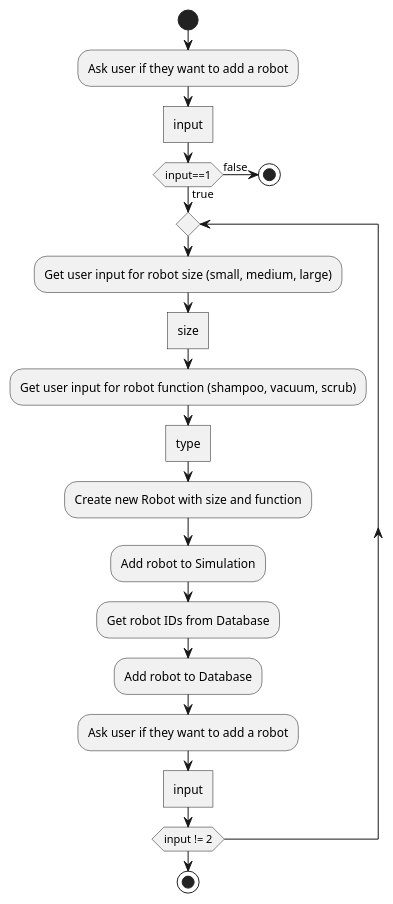
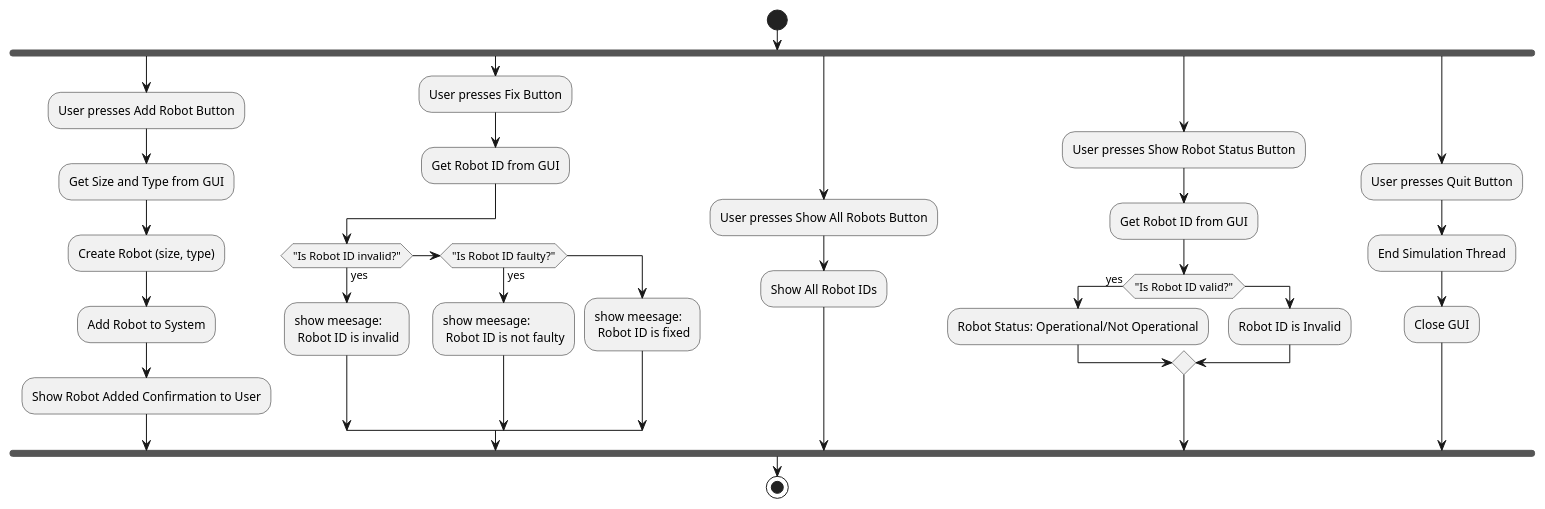
Before and after one commit to ur-swe-fa24/main-project-jeck-inc: the diagram in docs/design/Activity/Robot_Database_Simulation_Activity_Diagram.puml, drawn with PlantUML. The commit also changed 3 other files, not shown here.

Commit message:
Added onto the Activity Diagram

```diff
--- a/docs/design/Activity/Robot_Database_Simulation_Activity_Diagram.puml
+++ b/docs/design/Activity/Robot_Database_Simulation_Activity_Diagram.puml
@@ -1,25 +1,46 @@
-@startuml RobotSimulationDatabaseActivityDiagram
+@startuml
+
 start
-:Ask user if they want to add a robot;
-:input]
-if (input==1) then (true)
-    repeat
-        :Get user input for robot size (small, medium, large);
-        :size]
 
-        :Get user input for robot function (shampoo, vacuum, scrub);
-        :type]
+fork 
+    :User presses Add Robot Button;
+    :Get Size and Type from GUI;
+    :Create Robot (size, type);
+    :Add Robot to System;
+    :Show Robot Added Confirmation to User;
+fork again 
+    :User presses Fix Button;
+    :Get Robot ID from GUI;
+    if ("Is Robot ID invalid?") then (yes)
+        :show meesage: \n Robot ID is invalid;
+    else if ("Is Robot ID faulty?") then (yes)
+        :show meesage: \n Robot ID is not faulty;
+    else
+        :show meesage: \n Robot ID is fixed;
+    endif
 
-        :Create new Robot with size and function;
-        :Add robot to Simulation;
-        :Get robot IDs from Database;
-        :Add robot to Database;
-        
-        :Ask user if they want to add a robot;
-        :input]
-    repeat while (input != 2)
-    stop
-else (false)
-    stop
-endif
+fork again 
+
+    :User presses Show All Robots Button;
+    :Show All Robot IDs;
+
+
+fork again 
+  :User presses Show Robot Status Button;
+  :Get Robot ID from GUI;
+  if ("Is Robot ID valid?") then (yes)
+    :Robot Status: Operational/Not Operational;
+  else
+    :Robot ID is Invalid;
+  endif
+
+fork again 
+
+  :User presses Quit Button;
+  :End Simulation Thread;
+  :Close GUI;
+
+fork end
+
+stop
 @enduml
```
